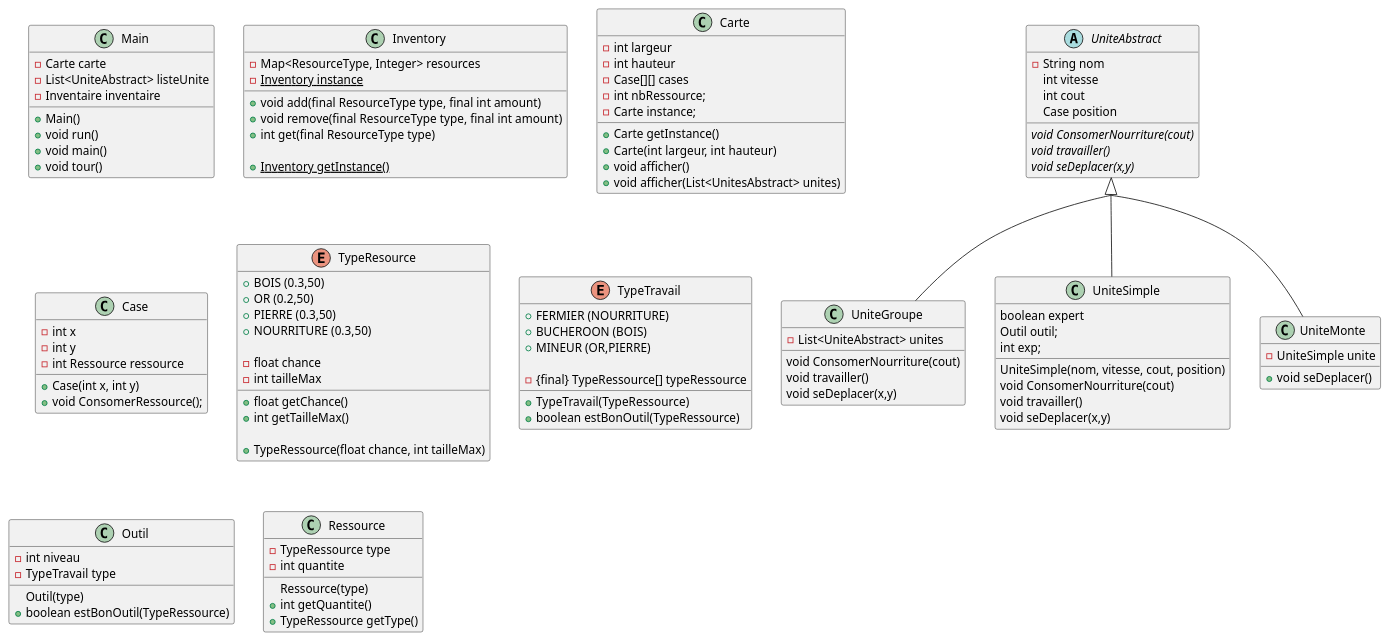
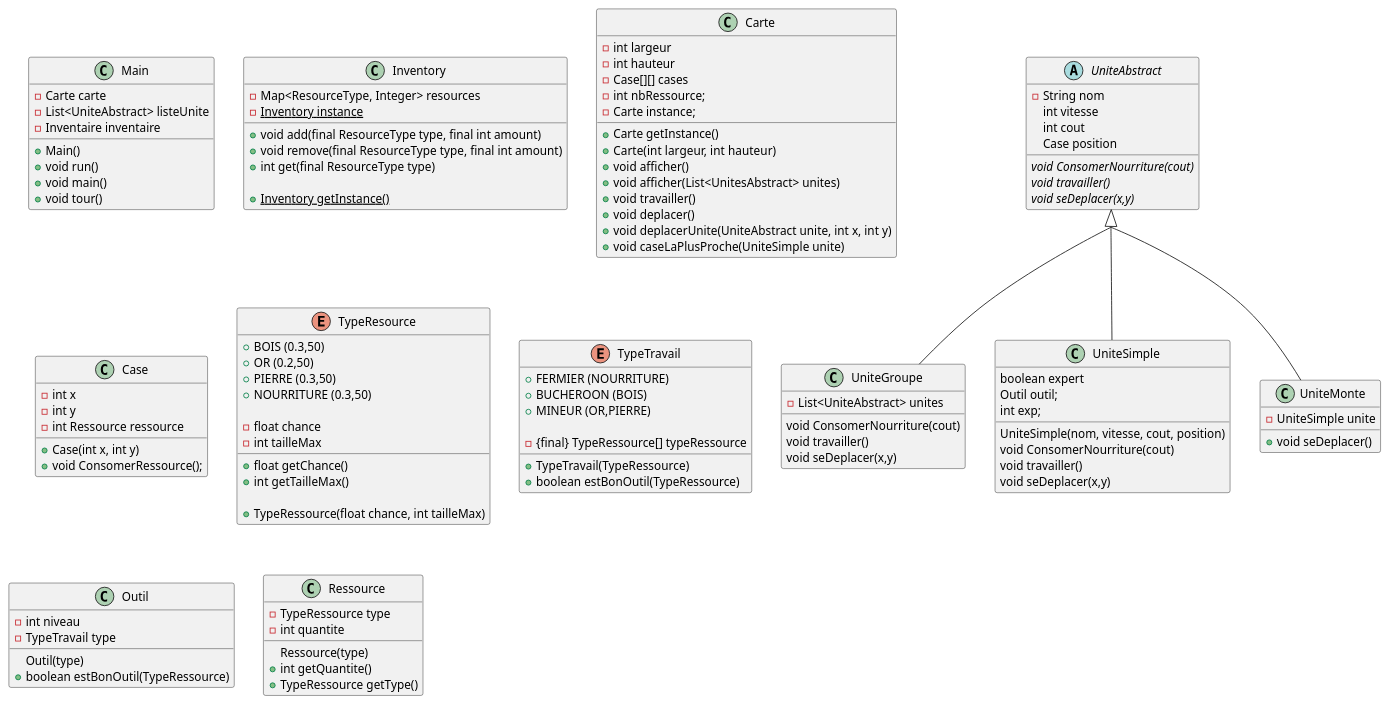
Before and after one commit to Pireeee/ProjetStrategie: the diagram in src/main/Diagram.puml, drawn with PlantUML. The commit also changed 8 other files, not shown here.

```diff
--- a/src/main/Diagram.puml
+++ b/src/main/Diagram.puml
@@ -1,125 +1,129 @@
 @startuml
 skinparam groupInheritance 2
 
 class Main {
   -Carte carte
   -List<UniteAbstract> listeUnite
   -Inventaire inventaire
 
   +Main()
   +void run()
   +void main()
   +void tour()
 }
 
 class Inventory {
   -Map<ResourceType, Integer> resources
   -{static} Inventory instance
 
   +void add(final ResourceType type, final int amount)
   +void remove(final ResourceType type, final int amount)
   +int get(final ResourceType type)
 
   +{static} Inventory getInstance()
 }
 
 class Carte {
   -int largeur
   -int hauteur
   -Case[][] cases
   -int nbRessource;
   -Carte instance;
 
   +Carte getInstance()
   +Carte(int largeur, int hauteur)
   +void afficher()
   +void afficher(List<UnitesAbstract> unites)
+  +void travailler()
+  +void deplacer()
+  +void deplacerUnite(UniteAbstract unite, int x, int y)
+  +void caseLaPlusProche(UniteSimple unite)
 }
 
 class Case {
   -int x
   -int y
   -int Ressource ressource
 
     +Case(int x, int y)
     +void ConsomerRessource();
 }
 
 enum TypeResource {
   +{field} BOIS (0.3,50)
   +{field} OR (0.2,50)
   +{field} PIERRE (0.3,50)
   +{field} NOURRITURE (0.3,50)
 
   -float chance
   -int tailleMax
 
   +float getChance()
   +int getTailleMax()
 
   +TypeRessource(float chance, int tailleMax)
 }
 enum TypeTravail {
   +{field} FERMIER (NOURRITURE)
   +{field} BUCHEROON (BOIS)
   +{field} MINEUR (OR,PIERRE)
 
   -{final} TypeRessource[] typeRessource
 
   +TypeTravail(TypeRessource)
   +boolean estBonOutil(TypeRessource)
 }
 abstract class UniteAbstract{
   -String nom
   int vitesse
   int cout
   Case position
 
   {abstract} void ConsomerNourriture(cout)
   {abstract} void travailler()
   {abstract} void seDeplacer(x,y)
 }
 
 class UniteGroupe extends UniteAbstract {
   -List<UniteAbstract> unites
 
   void ConsomerNourriture(cout)
   void travailler()
   void seDeplacer(x,y)
 }
 
 class UniteSimple extends UniteAbstract {
    boolean expert
    Outil outil;
    int exp;
 
    UniteSimple(nom, vitesse, cout, position)
    void ConsomerNourriture(cout)
    void travailler()
    void seDeplacer(x,y)
 
 }
 
 class UniteMonte extends UniteAbstract {
   -UniteSimple unite
 
   +void seDeplacer()
 }
 
 class Outil{
   -int niveau
   -TypeTravail type
 
   Outil(type)
   +boolean estBonOutil(TypeRessource)
 }
 class Ressource{
   -TypeRessource type
   -int quantite
 
   Ressource(type)
   +int getQuantite()
   +TypeRessource getType()
 }
 
 @enduml
```
